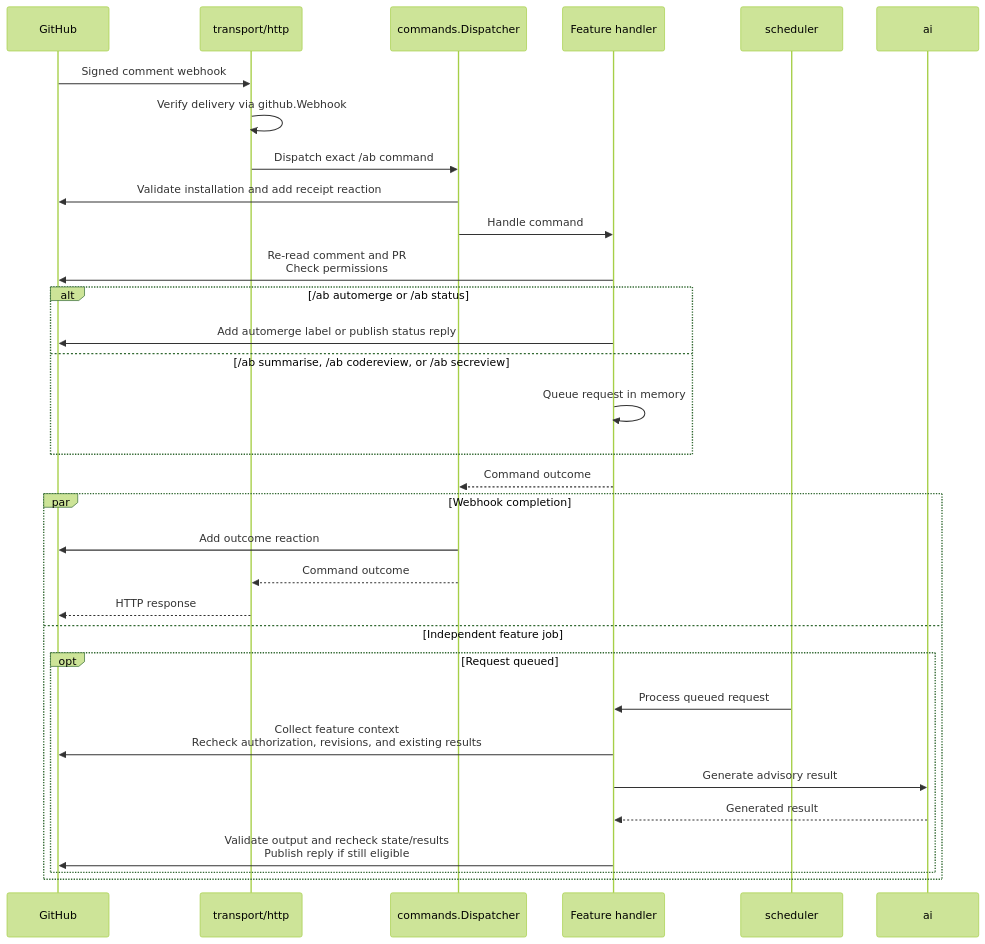
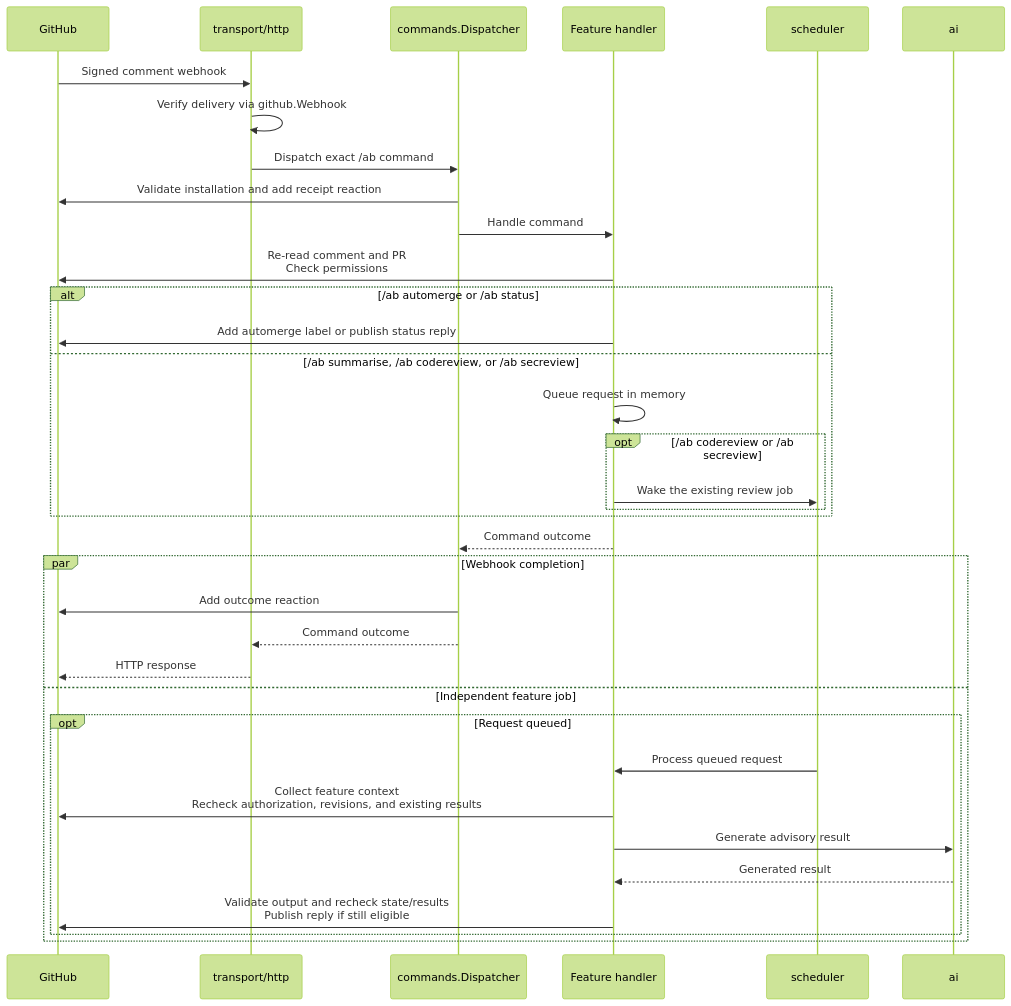
The second of 2 diagrams in README.md (alexfalkowski/abgleich), drawn with Mermaid (forest theme) before and after one commit. The commit also changed other lines of this file and 28 other files, not shown here.

First line of the commit message:
feat(review): wake queued work and explain cancellations (#68)

````diff
--- a/README.md
+++ b/README.md
@@ -931,34 +945,37 @@
 ```mermaid
 sequenceDiagram
     participant G as GitHub
     participant H as transport/http
     participant D as commands.Dispatcher
     participant F as Feature handler
     participant S as scheduler
     participant A as ai
     G->>H: Signed comment webhook
     H->>H: Verify delivery via github.Webhook
     H->>D: Dispatch exact /ab command
     D->>G: Validate installation and add receipt reaction
     D->>F: Handle command
     F->>G: Re-read comment and PR<br/>Check permissions
     alt /ab automerge or /ab status
         F->>G: Add automerge label or publish status reply
     else /ab summarise, /ab codereview, or /ab secreview
         F->>F: Queue request in memory
+        opt /ab codereview or /ab secreview
+            F->>S: Wake the existing review job
+        end
     end
     F-->>D: Command outcome
     par Webhook completion
         D->>G: Add outcome reaction
         D-->>H: Command outcome
         H-->>G: HTTP response
     and Independent feature job
         opt Request queued
             S->>F: Process queued request
             F->>G: Collect feature context<br/>Recheck authorization, revisions, and existing results
             F->>A: Generate advisory result
             A-->>F: Generated result
             F->>G: Validate output and recheck state/results<br/>Publish reply if still eligible
         end
     end
 ```
````
